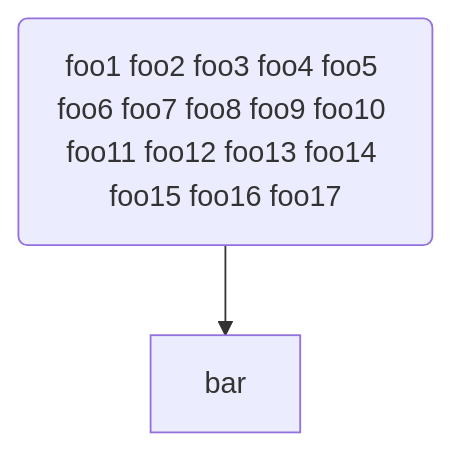
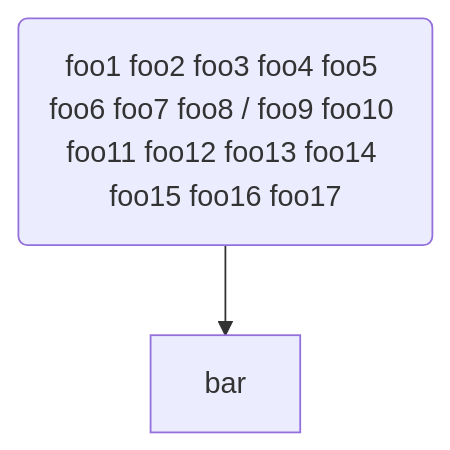
Before and after one commit to funjobie/OpenSwordArtsVR: diagram 16 of 16 in sandbox/MerMaid_diagram_integration.md, drawn with Mermaid. The commit also changed other lines of this file, not shown here.

Commit message:
refine troubleshooting example

````diff
--- a/sandbox/MerMaid_diagram_integration.md
+++ b/sandbox/MerMaid_diagram_integration.md
@@ -205,4 +205,4 @@
 ```mermaid
 flowchart TD
-    foo(foo1 foo2 foo3 foo4 foo5 foo6 foo7 foo8 foo9 foo10 foo11 foo12 foo13 foo14 foo15 foo16 foo17) --> bar
+    foo(foo1 foo2 foo3 foo4 foo5 foo6 foo7 foo8 / foo9 foo10 foo11 foo12 foo13 foo14 foo15 foo16 foo17) --> bar
 ```
````
